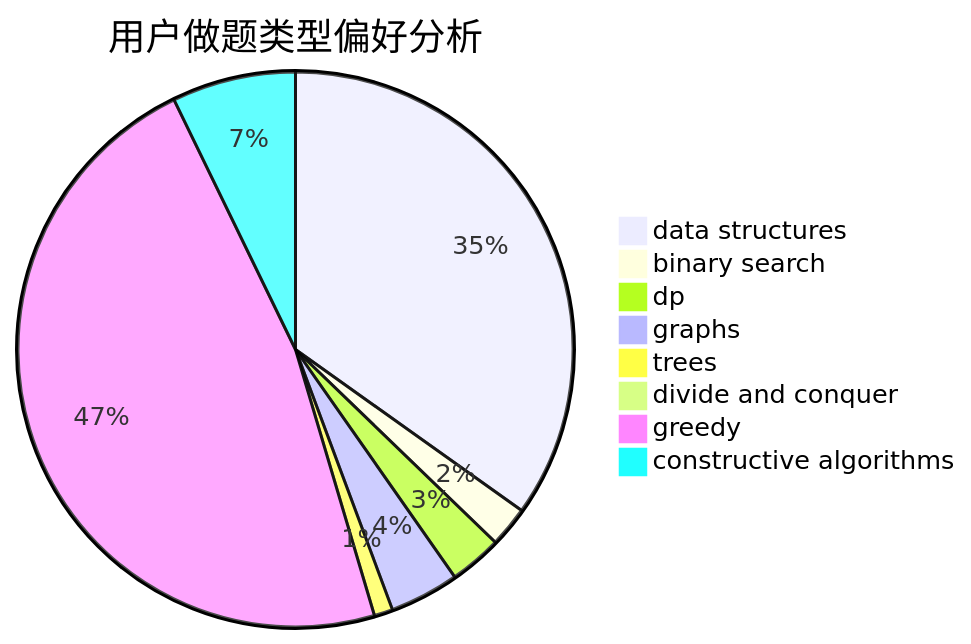
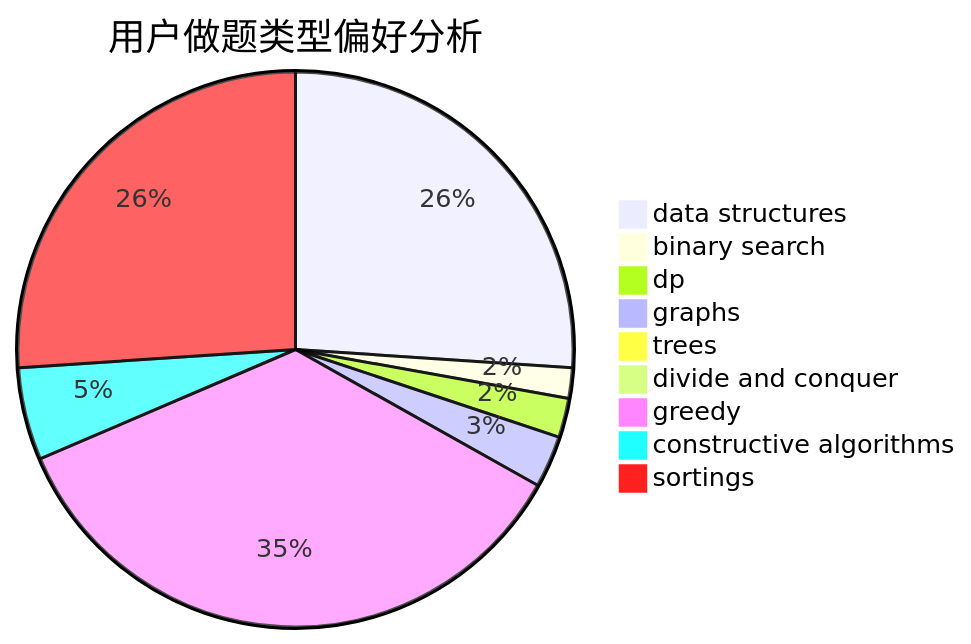
One commit to sherpahu/cfrs.github.io changed the second of 3 diagrams in docs/user/u1551.md. Above: the diagram before and after it, drawn with Mermaid. The commit also changed other lines of this file and 2769 other files, not shown here.

````diff
--- a/docs/user/u1551.md
+++ b/docs/user/u1551.md
@@ -23,11 +18,12 @@
 ```mermaid
 pie title 用户做题类型偏好分析
     "data structures" :  353
     "binary search" :  24
     "dp" :  31
     "graphs" :  41
     "trees" :  11
     "divide and conquer" :  0
     "greedy" :  480
     "constructive algorithms" :  73
+    "sortings" :  353
 ```
````
